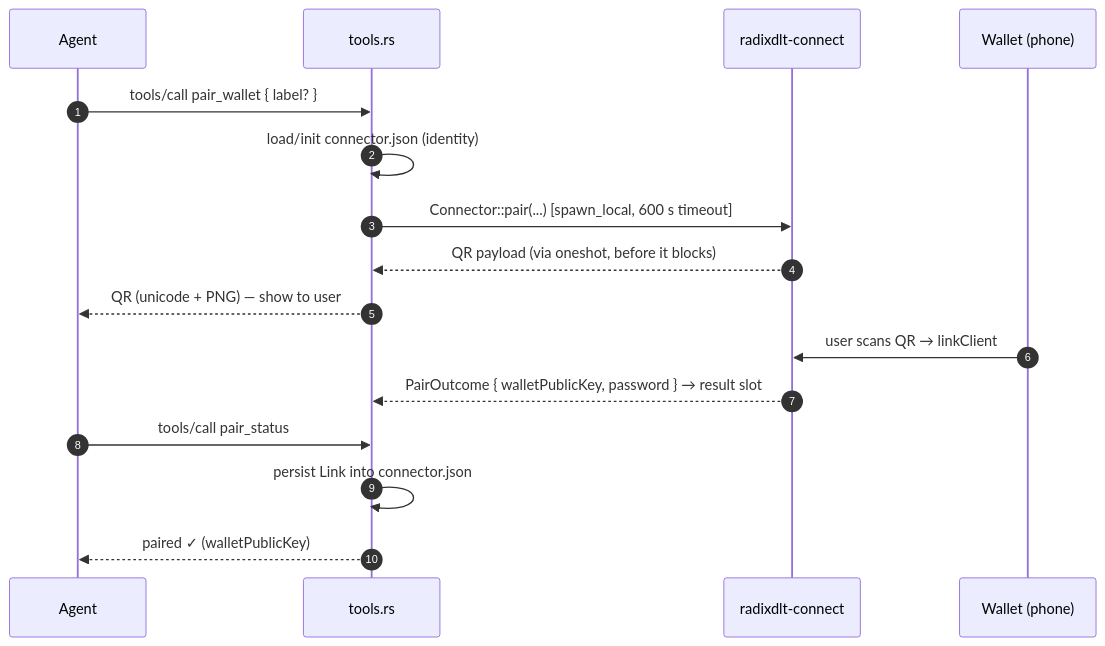
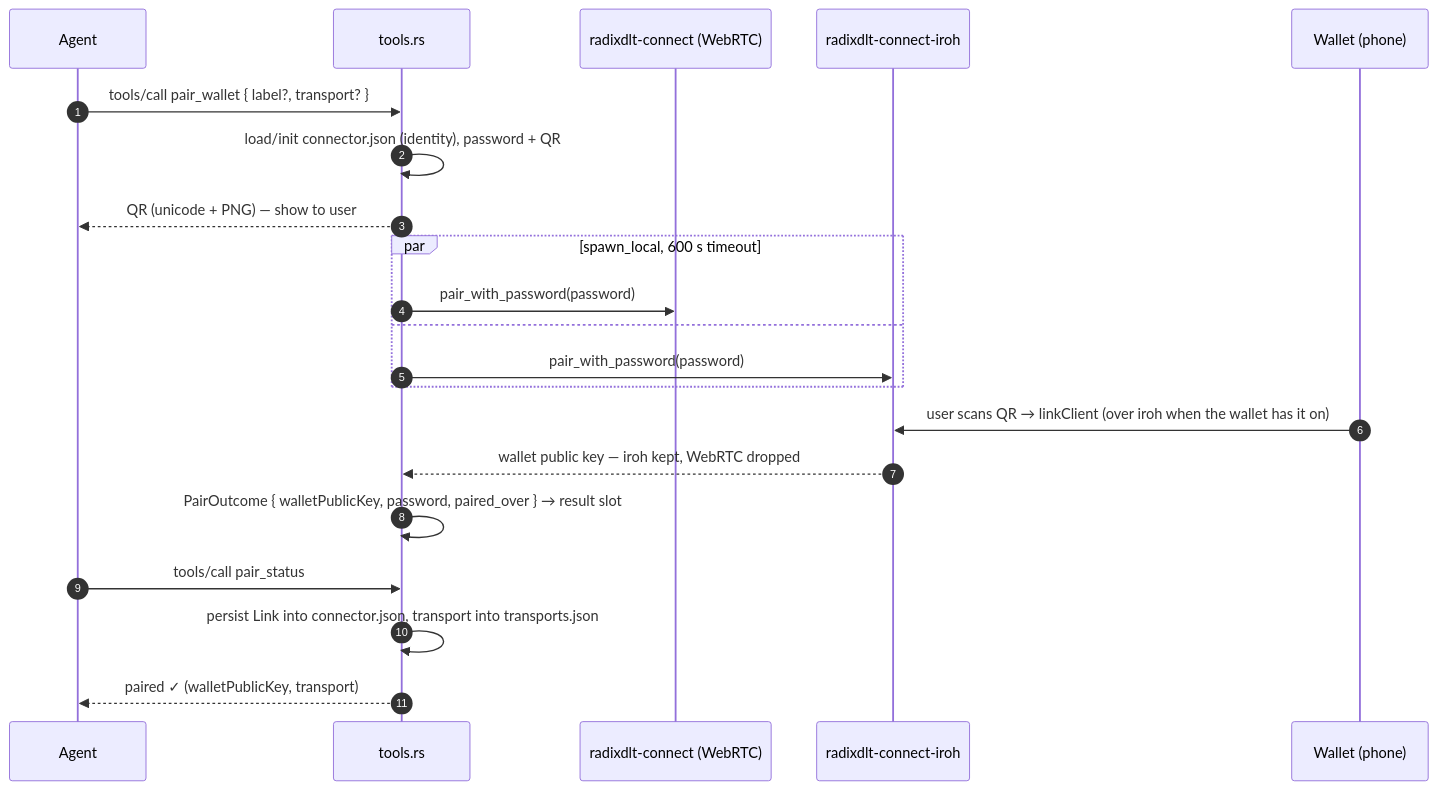
One commit to genkipool/radixdlt-rust-sdk changed the third of 5 diagrams in crates/connector-mcp/docs/ARCHITECTURE.md. Above: the diagram before and after it, drawn with Mermaid. The commit also changed other lines of this file and 20 other files, not shown here.

````diff
--- a/crates/connector-mcp/docs/ARCHITECTURE.md
+++ b/crates/connector-mcp/docs/ARCHITECTURE.md
@@ -141,19 +147,24 @@
 ```mermaid
 sequenceDiagram
     autonumber
     participant A as Agent
     participant T as tools.rs
-    participant C as radixdlt-connect
+    participant C as radixdlt-connect (WebRTC)
+    participant I as radixdlt-connect-iroh
     participant W as Wallet (phone)
 
-    A->>T: tools/call pair_wallet { label? }
-    T->>T: load/init connector.json (identity)
-    T->>C: Connector::pair(...) [spawn_local, 600 s timeout]
-    C-->>T: QR payload (via oneshot, before it blocks)
+    A->>T: tools/call pair_wallet { label?, transport? }
+    T->>T: load/init connector.json (identity), password + QR
     T-->>A: QR (unicode + PNG) — show to user
-    W->>C: user scans QR → linkClient
-    C-->>T: PairOutcome { walletPublicKey, password } → result slot
+    par spawn_local, 600 s timeout
+        T->>C: pair_with_password(password)
+    and
+        T->>I: pair_with_password(password)
+    end
+    W->>I: user scans QR → linkClient (over iroh when the wallet has it on)
+    I-->>T: wallet public key — iroh kept, WebRTC dropped
+    T->>T: PairOutcome { walletPublicKey, password, paired_over } → result slot
     A->>T: tools/call pair_status
-    T->>T: persist Link into connector.json
-    T-->>A: paired ✓ (walletPublicKey)
+    T->>T: persist Link into connector.json, transport into transports.json
+    T-->>A: paired ✓ (walletPublicKey, transport)
 ```
````
